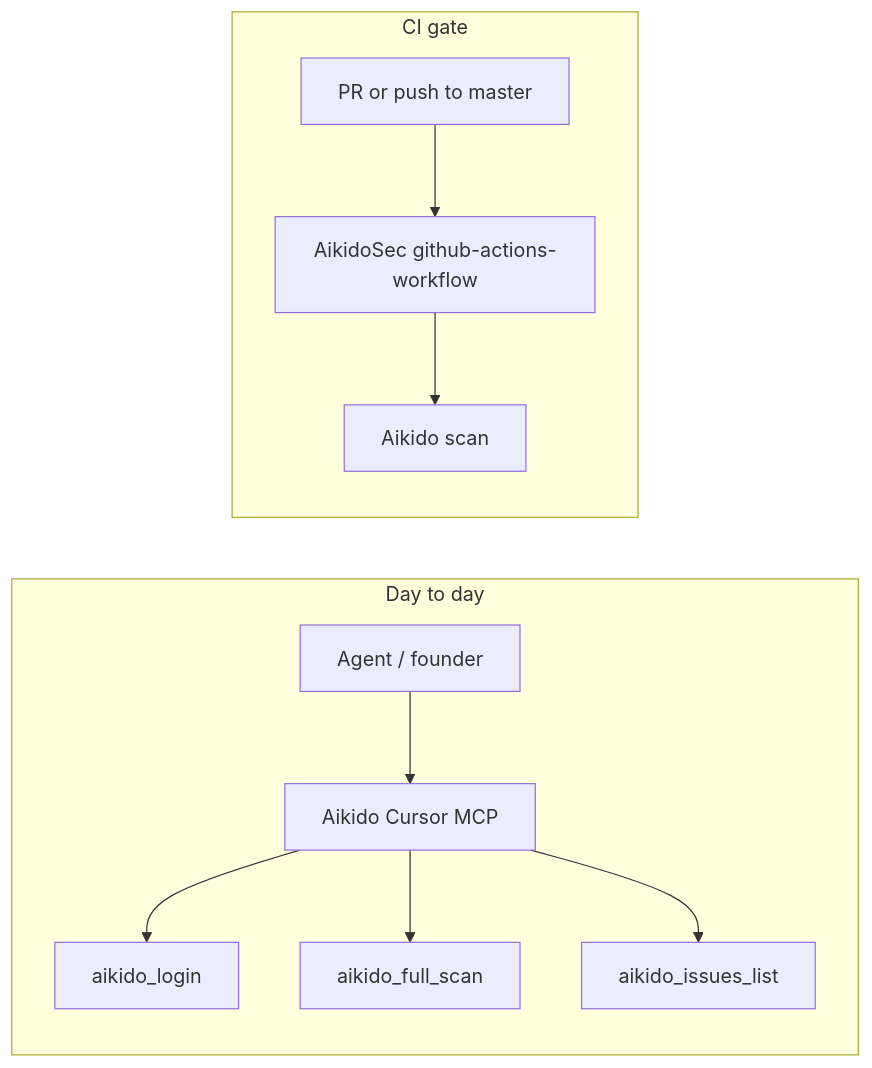
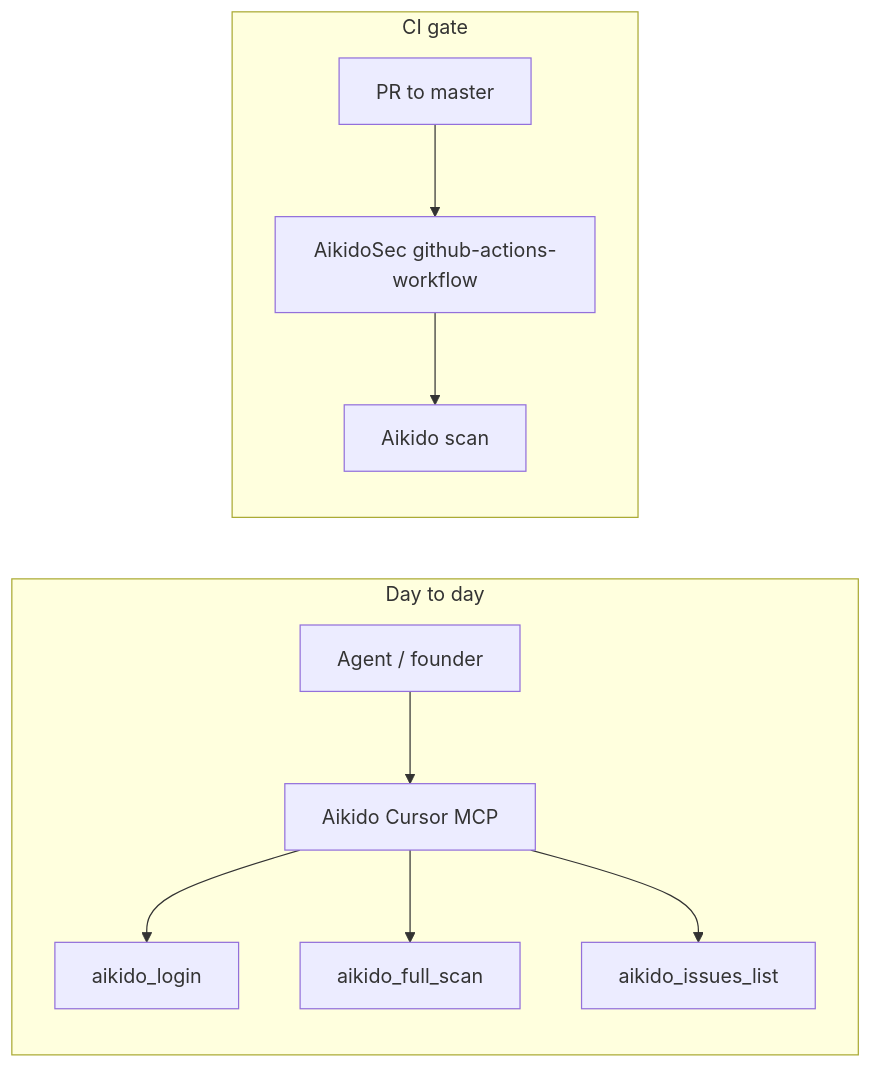
One commit to Snedz/missionwinning changed the diagram in docs/AIKIDO.md. Above: the diagram before and after it, drawn with Mermaid. The commit also changed other lines of this file and 17 other files, not shown here.

````diff
--- a/docs/AIKIDO.md
+++ b/docs/AIKIDO.md
@@ -8,13 +8,13 @@
 ```mermaid
 flowchart LR
   subgraph day [Day to day]
     Dev[Agent / founder] --> MCP[Aikido Cursor MCP]
     MCP --> Login[aikido_login]
     MCP --> Scan[aikido_full_scan]
     MCP --> Feed[aikido_issues_list]
   end
   subgraph ci [CI gate]
-    PR[PR or push to master] --> Action[AikidoSec github-actions-workflow]
+    PR[PR to master] --> Action[AikidoSec github-actions-workflow]
     Action --> Cloud[Aikido scan]
   end
 ```
````
